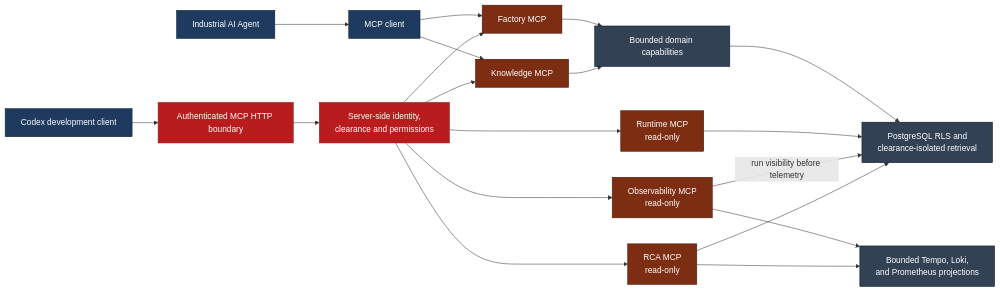
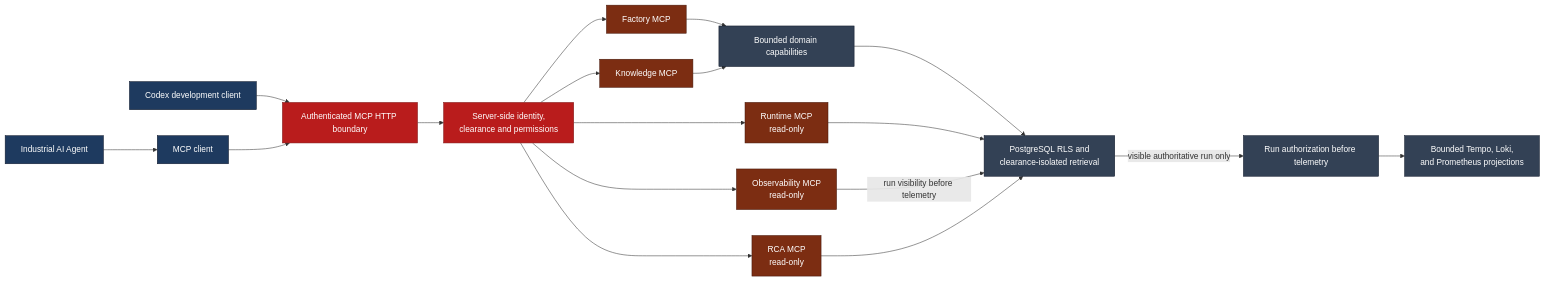
One commit to aboerzel/industrial-ai-agent changed the fifth of 22 diagrams in docs/architecture/overview.md. Above: the diagram before and after it, drawn with Mermaid. The commit also changed other lines of this file and 24 other files, not shown here.

First line of the commit message:
docs(architecture): reconcile current contracts and implementation

````diff
--- a/docs/architecture/overview.md
+++ b/docs/architecture/overview.md
@@ -395,30 +424,29 @@
 ```mermaid
 flowchart LR
     Agent["Industrial AI Agent"] --> Client["MCP client"]
     Codex["Codex development client"] --> HTTP["Authenticated MCP HTTP boundary"]
-    Client --> Factory["Factory MCP"]
-    Client --> Knowledge["Knowledge MCP"]
+    Client --> HTTP
     HTTP --> Resolver["Server-side identity,<br/>clearance and permissions"]
-    Resolver --> Factory
-    Resolver --> Knowledge
+    Resolver --> Factory["Factory MCP"]
+    Resolver --> Knowledge["Knowledge MCP"]
     Resolver --> Runtime["Runtime MCP<br/>read-only"]
     Resolver --> Observe["Observability MCP<br/>read-only"]
     Resolver --> RCA["RCA MCP<br/>read-only"]
     Factory --> Capabilities["Bounded domain capabilities"]
     Knowledge --> Capabilities
     Capabilities --> RLS["PostgreSQL RLS and<br/>clearance-isolated retrieval"]
     Runtime --> RLS
     Observe -->|run visibility before telemetry| RLS
     RCA --> RLS
-    Observe --> Evidence["Bounded Tempo, Loki,<br/>and Prometheus projections"]
-    RCA --> Evidence
+    RLS -->|"visible authoritative run only"| Gate["Run authorization before telemetry"]
+    Gate --> Evidence["Bounded Tempo, Loki,<br/>and Prometheus projections"]
 
     classDef client fill:#1e3a5f,stroke:#0f172a,color:#ffffff
     classDef mcp fill:#7c2d12,stroke:#431407,color:#ffffff
     classDef security fill:#b91c1c,stroke:#7f1d1d,color:#ffffff
     classDef data fill:#334155,stroke:#0f172a,color:#ffffff
     class Agent,Codex,Client client
     class Factory,Knowledge,Runtime,Observe,RCA mcp
     class HTTP,Resolver security
-    class Capabilities,RLS,Evidence data
+    class Capabilities,RLS,Gate,Evidence data
 ```
````
